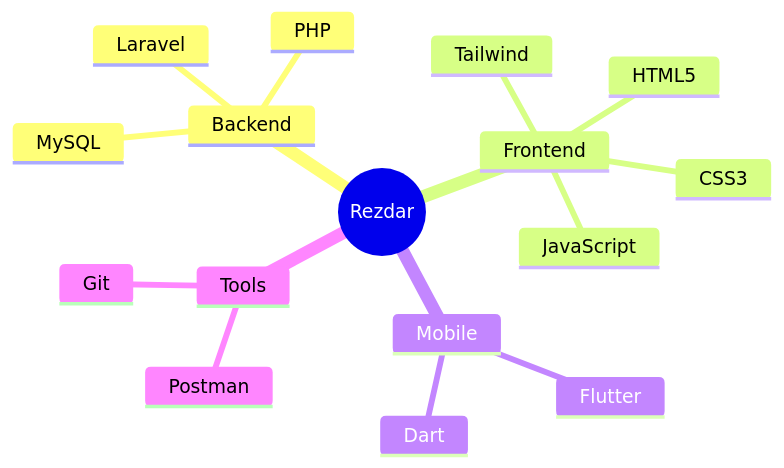
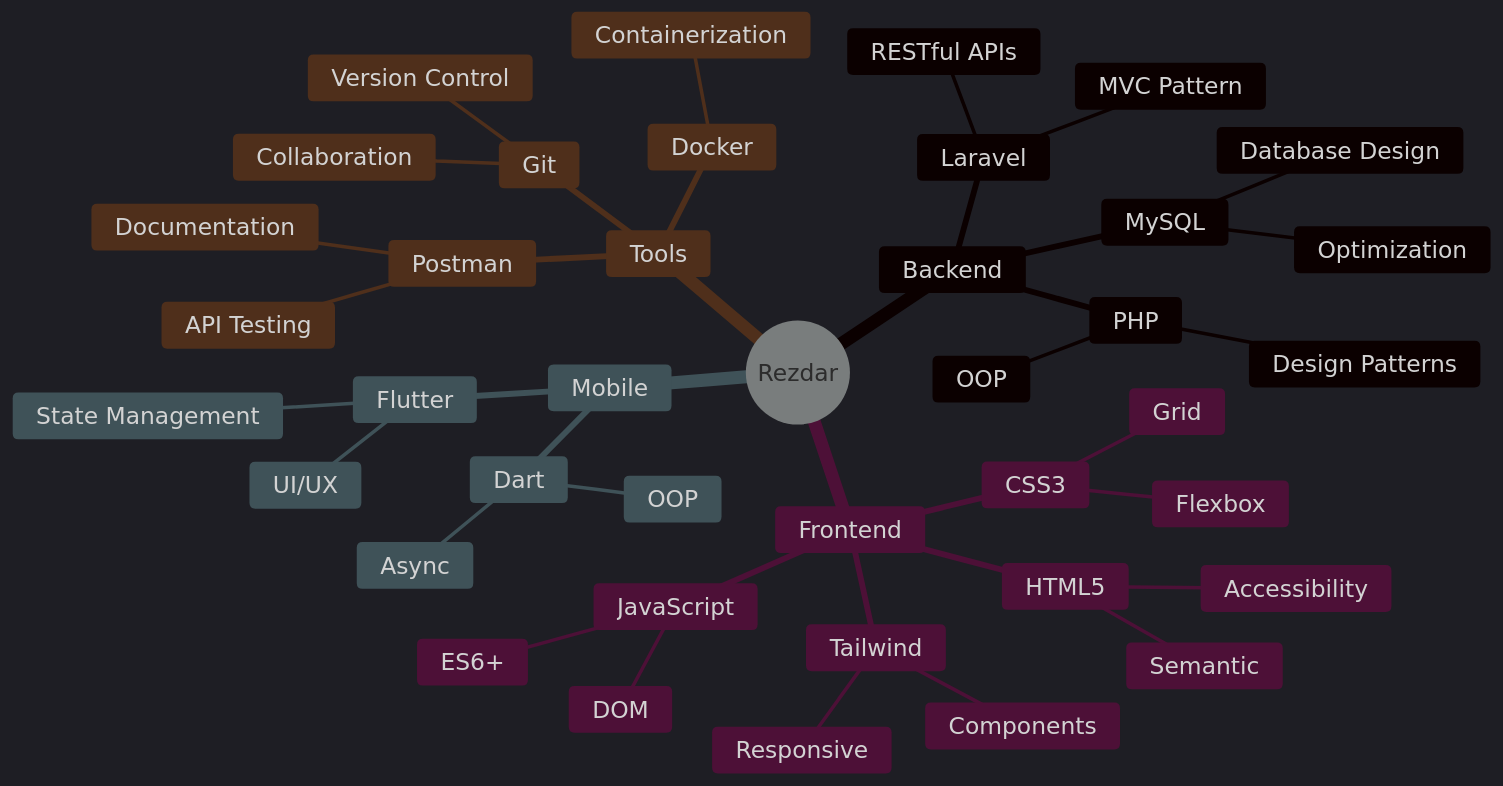
Before and after one commit to RezdarNajeeb/RezdarNajeeb: the diagram in README.md, drawn with Mermaid. The commit also changed other lines of this file, not shown here.

````diff
--- a/README.md
+++ b/README.md
@@ -74,19 +77,44 @@
 ```mermaid
+%%{init: {'theme': 'dark', 'themeVariables': { 'fontFamily': 'arial', 'fontSize': '20px'}}}%%
 mindmap
   root((Rezdar))
     Backend
       Laravel
+        RESTful APIs
+        MVC Pattern
       PHP
+        OOP
+        Design Patterns
       MySQL
+        Database Design
+        Optimization
     Frontend
       HTML5
+        Semantic
+        Accessibility
       CSS3
+        Flexbox
+        Grid
       JavaScript
+        ES6+
+        DOM
       Tailwind
+        Responsive
+        Components
     Mobile
       Flutter
+        UI/UX
+        State Management
       Dart
+        OOP
+        Async
     Tools
       Postman
+        API Testing
+        Documentation
       Git
+        Version Control
+        Collaboration
+      Docker
+        Containerization
 ```
````
